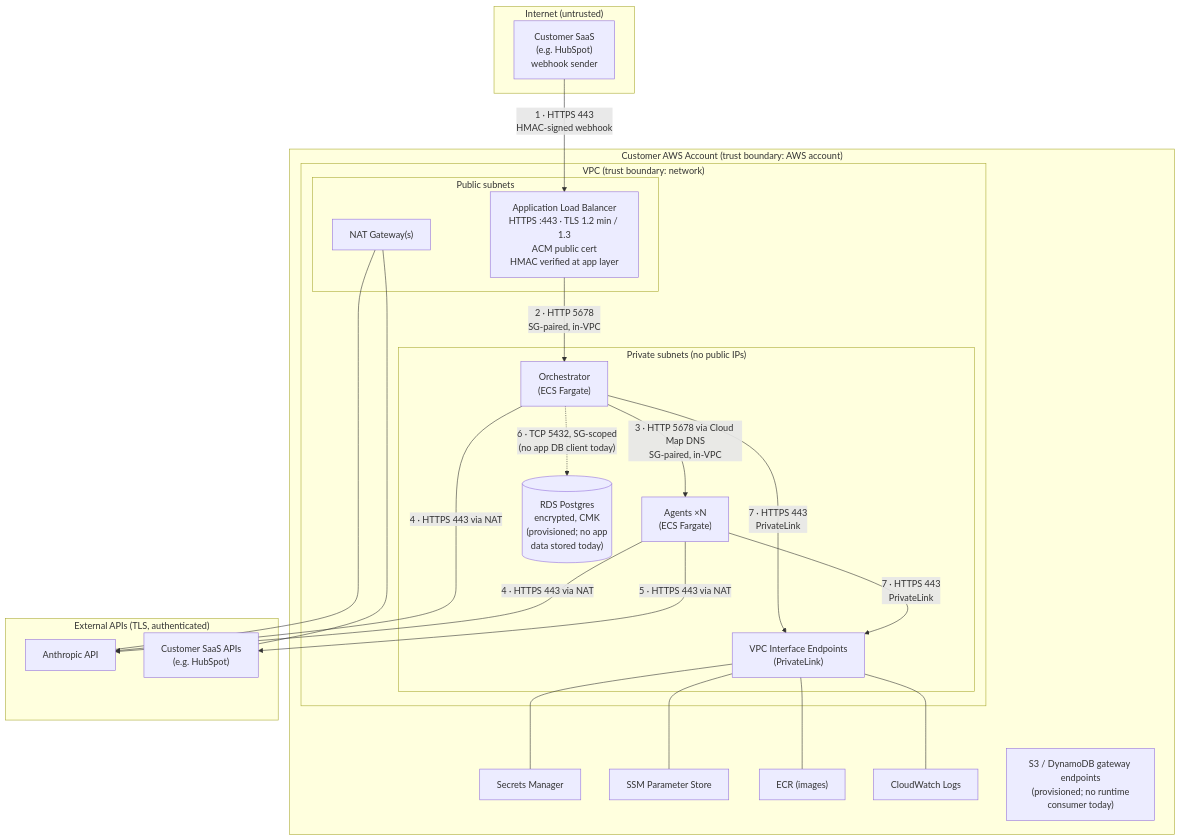
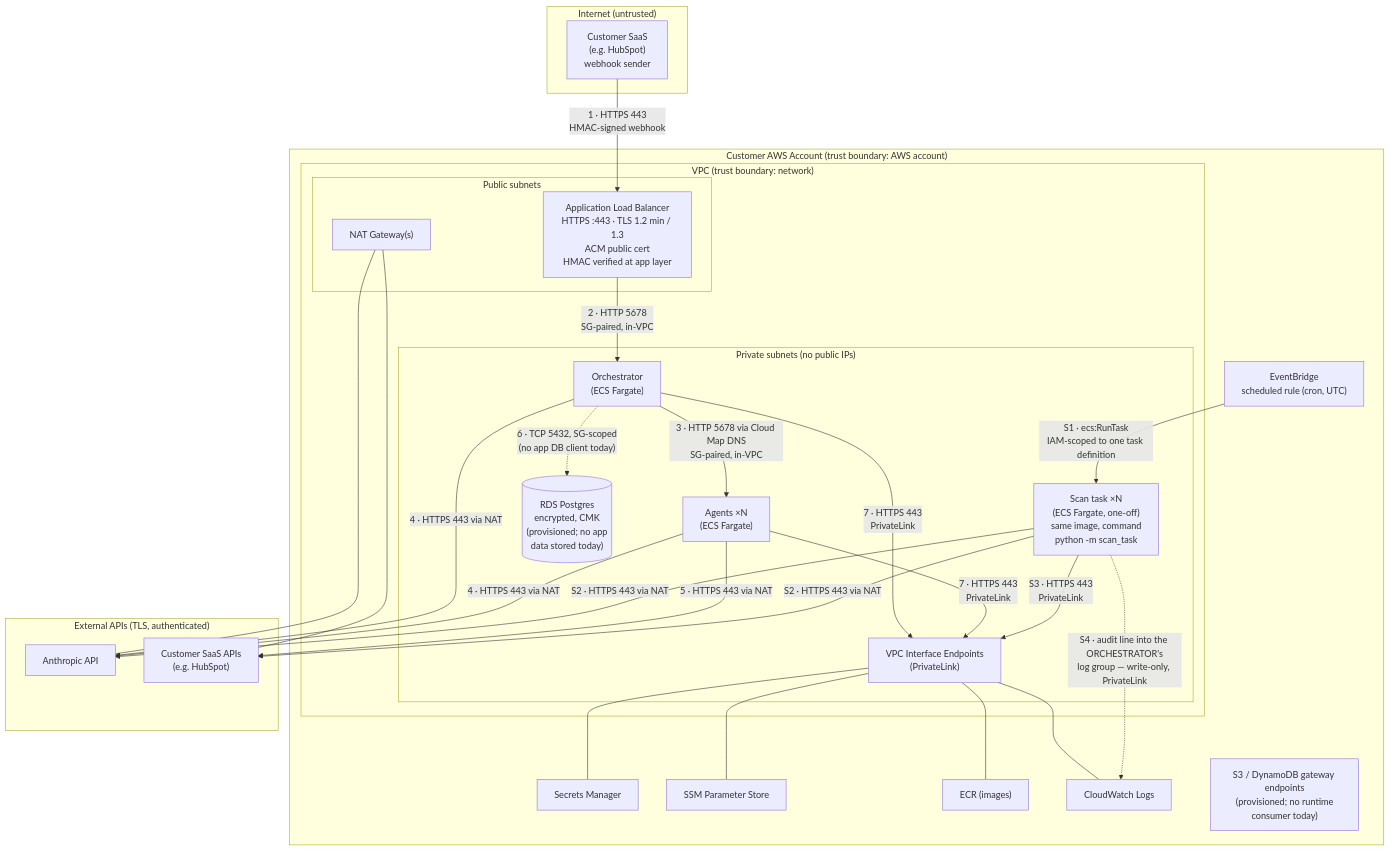
One commit to revenue-growth-ai-org/rg-ai-agent-platform-docs changed the diagram in docs/security/data-flow.md. Above: the diagram before and after it, drawn with Mermaid. The commit also changed other lines of this file, not shown here.

````diff
--- a/docs/security/data-flow.md
+++ b/docs/security/data-flow.md
@@ -15,47 +18,55 @@
 ```mermaid
 flowchart TB
     subgraph INTERNET["Internet (untrusted)"]
         SAAS["Customer SaaS<br/>(e.g. HubSpot)<br/>webhook sender"]
     end
 
     subgraph CUSTACCT["Customer AWS Account (trust boundary: AWS account)"]
         subgraph VPC["VPC (trust boundary: network)"]
             subgraph PUB["Public subnets"]
                 ALB["Application Load Balancer<br/>HTTPS :443 · TLS 1.2 min / 1.3<br/>ACM public cert<br/>HMAC verified at app layer"]
                 NAT["NAT Gateway(s)"]
             end
             subgraph PRIV["Private subnets (no public IPs)"]
                 ORCH["Orchestrator<br/>(ECS Fargate)"]
                 AGENTS["Agents ×N<br/>(ECS Fargate)"]
                 RDS[("RDS Postgres<br/>encrypted, CMK<br/>(provisioned; no app<br/>data stored today)")]
+                SCAN["Scan task ×N<br/>(ECS Fargate, one-off)<br/>same image, command<br/>python -m scan_task"]
                 VPCE["VPC Interface Endpoints<br/>(PrivateLink)"]
             end
         end
         SM["Secrets Manager"]
         SSM["SSM Parameter Store"]
         ECR["ECR (images)"]
         CWL["CloudWatch Logs"]
+        EVB["EventBridge<br/>scheduled rule (cron, UTC)"]
         S3G["S3 / DynamoDB gateway endpoints<br/>(provisioned; no runtime<br/>consumer today)"]
     end
 
     subgraph EXT["External APIs (TLS, authenticated)"]
         ANTH["Anthropic API"]
         CRM["Customer SaaS APIs<br/>(e.g. HubSpot)"]
     end
 
     SAAS -- "1 · HTTPS 443<br/>HMAC-signed webhook" --> ALB
     ALB -- "2 · HTTP 5678<br/>SG-paired, in-VPC" --> ORCH
     ORCH -- "3 · HTTP 5678 via Cloud Map DNS<br/>SG-paired, in-VPC" --> AGENTS
     ORCH -- "4 · HTTPS 443 via NAT" --> ANTH
     AGENTS -- "4 · HTTPS 443 via NAT" --> ANTH
     AGENTS -- "5 · HTTPS 443 via NAT" --> CRM
     ORCH -. "6 · TCP 5432, SG-scoped<br/>(no app DB client today)" .-> RDS
     ORCH -- "7 · HTTPS 443<br/>PrivateLink" --> VPCE
     AGENTS -- "7 · HTTPS 443<br/>PrivateLink" --> VPCE
     VPCE --- SM
     VPCE --- SSM
     VPCE --- ECR
     VPCE --- CWL
     NAT --- ANTH
     NAT --- CRM
+
+    EVB -- "S1 · ecs:RunTask<br/>IAM-scoped to one task definition" --> SCAN
+    SCAN -- "S2 · HTTPS 443 via NAT" --> ANTH
+    SCAN -- "S2 · HTTPS 443 via NAT" --> CRM
+    SCAN -- "S3 · HTTPS 443<br/>PrivateLink" --> VPCE
+    SCAN -. "S4 · audit line into the ORCHESTRATOR's<br/>log group — write-only, PrivateLink" .-> CWL
 ```
````
